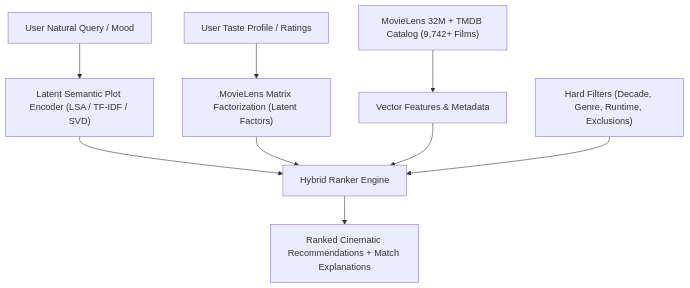
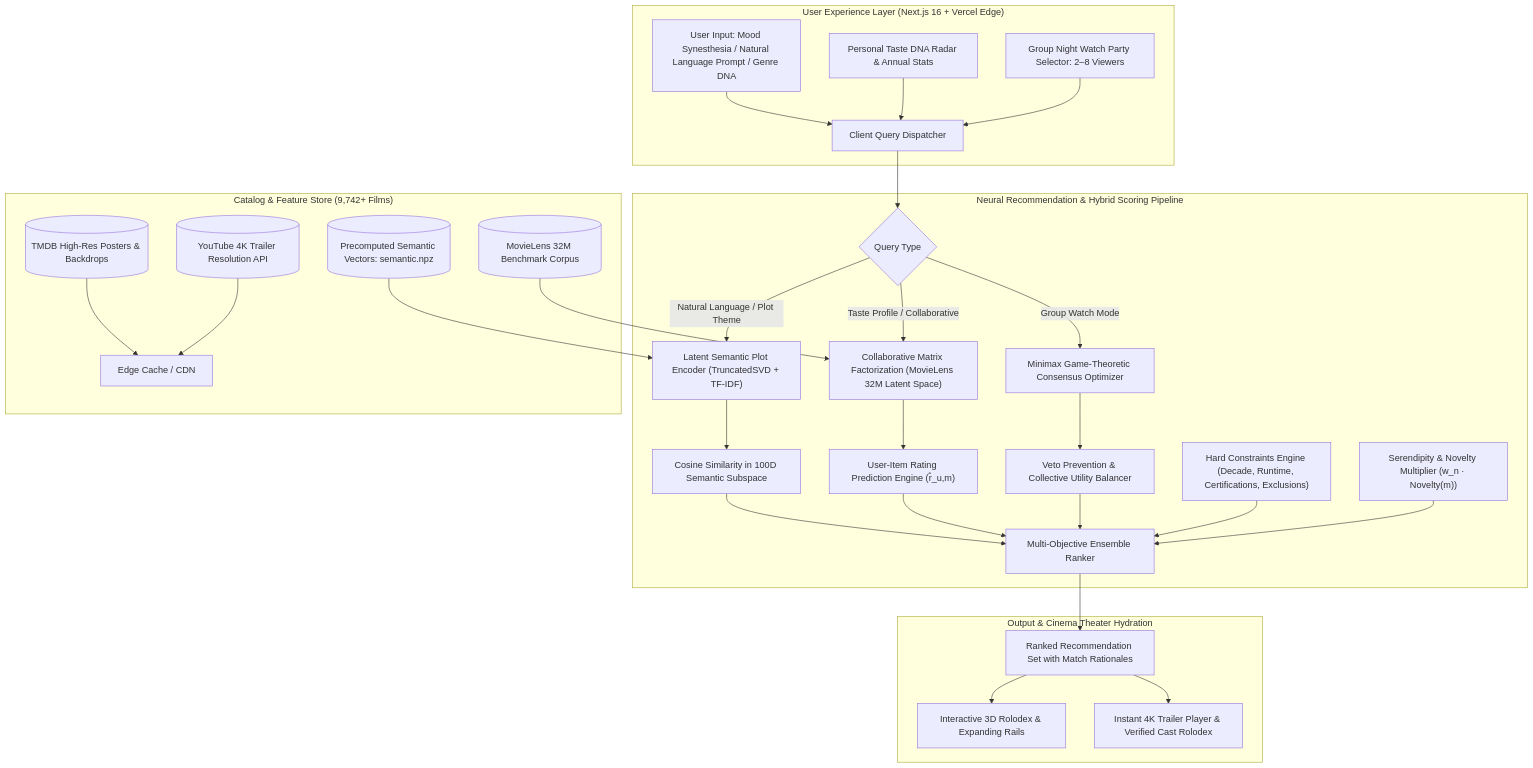
One commit to codexanjan/cineverse changed the diagram in README.md. Above: the diagram before and after it, drawn with Mermaid. The commit also changed other lines of this file and 3 other files, not shown here.

Commit message:
docs: add Vercel deployment link, real UI showcase photos, end-to-end workflow architecture, and novelty analysis

````diff
--- a/README.md
+++ b/README.md
@@ -91,13 +69,39 @@
 ```mermaid
-graph TD
-    UserQuery["User Natural Query / Mood"] --> SemanticEncoder["Latent Semantic Plot Encoder (LSA / TF-IDF / SVD)"]
-    UserHistory["User Taste Profile / Ratings"] --> CollabModel["MovieLens Matrix Factorization (Latent Factors)"]
-    Catalog["MovieLens 32M + TMDB Catalog (9,742+ Films)"] --> FeatureStore["Vector Features & Metadata"]
-    
-    SemanticEncoder --> Ensemble["Hybrid Ranker Engine"]
-    CollabModel --> Ensemble
-    FeatureStore --> Ensemble
-    
-    Filters["Hard Filters (Decade, Genre, Runtime, Exclusions)"] --> Ensemble
-    Ensemble --> FinalRank["Ranked Cinematic Recommendations + Match Explanations"]
+flowchart TD
+    subgraph UI ["User Experience Layer (Next.js 16 + Vercel Edge)"]
+        A[User Input: Mood Synesthesia / Natural Language Prompt / Genre DNA] --> B[Client Query Dispatcher]
+        V[Personal Taste DNA Radar & Annual Stats] --> B
+        G[Group Night Watch Party Selector: 2–8 Viewers] --> B
+    end
+
+    subgraph ML_PIPELINE ["Neural Recommendation & Hybrid Scoring Pipeline"]
+        B --> C{Query Type}
+        C -->|Natural Language / Plot Theme| D["Latent Semantic Plot Encoder (TruncatedSVD + TF-IDF)"]
+        C -->|Taste Profile / Collaborative| E["Collaborative Matrix Factorization (MovieLens 32M Latent Space)"]
+        C -->|Group Watch Mode| F["Minimax Game-Theoretic Consensus Optimizer"]
+        
+        D --> H["Cosine Similarity in 100D Semantic Subspace"]
+        E --> I["User-Item Rating Prediction Engine (r̂_u,m)"]
+        F --> J["Veto Prevention & Collective Utility Balancer"]
+        
+        H --> K["Multi-Objective Ensemble Ranker"]
+        I --> K
+        J --> K
+        
+        L["Hard Constraints Engine (Decade, Runtime, Certifications, Exclusions)"] --> K
+        M["Serendipity & Novelty Multiplier (w_n · Novelty(m))"] --> K
+    end
+
+    subgraph DATA_LAYER ["Catalog & Feature Store (9,742+ Films)"]
+        N[(MovieLens 32M Benchmark Corpus)] --> E
+        O[(Precomputed Semantic Vectors: semantic.npz)] --> D
+        P[(TMDB High-Res Posters & Backdrops)] --> Q[Edge Cache / CDN]
+        R[(YouTube 4K Trailer Resolution API)] --> Q
+    end
+
+    subgraph OUTPUT ["Output & Cinema Theater Hydration"]
+        K --> S[Ranked Recommendation Set with Match Rationales]
+        S --> T[Interactive 3D Rolodex & Expanding Rails]
+        S --> U[Instant 4K Trailer Player & Verified Cast Rolodex]
+    end
 ```
````
